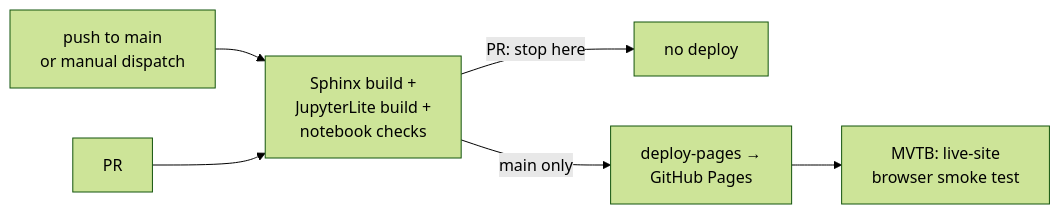
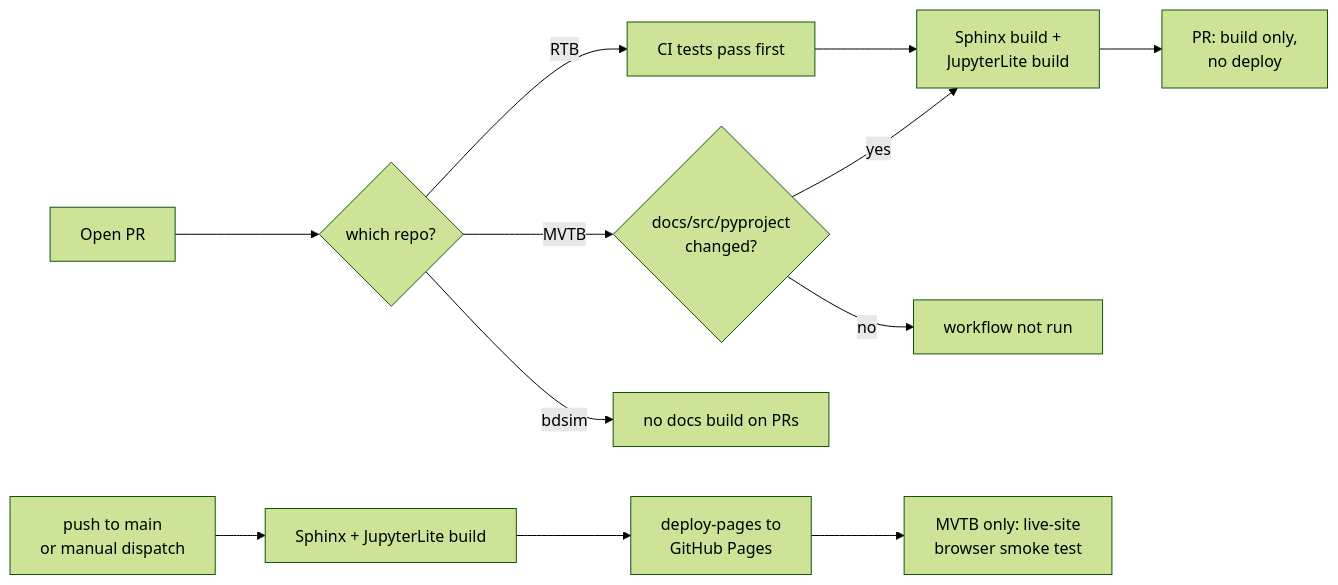
The fourth of 4 diagrams in CI.md (petercorke/rvc-ecosystem), drawn with Mermaid (forest theme) before and after one commit. The commit also changed other lines of this file, not shown here.

Commit message:
docs(ci): correct PR docs-build behaviour per repo (bdsim none, MVTB path-filtered)

````diff
--- a/CI.md
+++ b/CI.md
@@ -115,8 +115,14 @@
 ```mermaid
 flowchart LR
-    PUSH[push to main<br/>or manual dispatch] --> BUILD[Sphinx build +<br/>JupyterLite build +<br/>notebook checks]
-    PRB[PR] --> BUILD
-    BUILD -->|PR: stop here| DONE[no deploy]
-    BUILD -->|main only| PAGES[deploy-pages →<br/>GitHub Pages]
-    PAGES --> SMOKE[MVTB: live-site<br/>browser smoke test]
+    PRB[Open PR] --> WHO{which repo?}
+    WHO -- RTB --> T[CI tests pass first]
+    WHO -- MVTB --> F{docs/src/pyproject<br/>changed?}
+    WHO -- bdsim --> NONE[no docs build on PRs]
+    T --> BUILD[Sphinx build +<br/>JupyterLite build]
+    F -- yes --> BUILD
+    F -- no --> SKIP[workflow not run]
+    BUILD --> NODEP[PR: build only,<br/>no deploy]
+    PUSH[push to main<br/>or manual dispatch] --> BUILD2[Sphinx + JupyterLite build]
+    BUILD2 --> PAGES[deploy-pages to<br/>GitHub Pages]
+    PAGES --> SMOKE[MVTB only: live-site<br/>browser smoke test]
 ```
````
